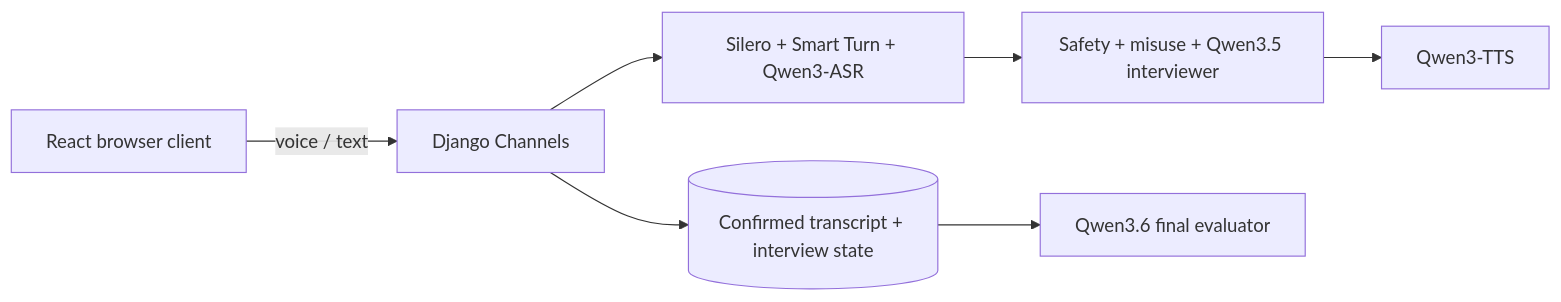
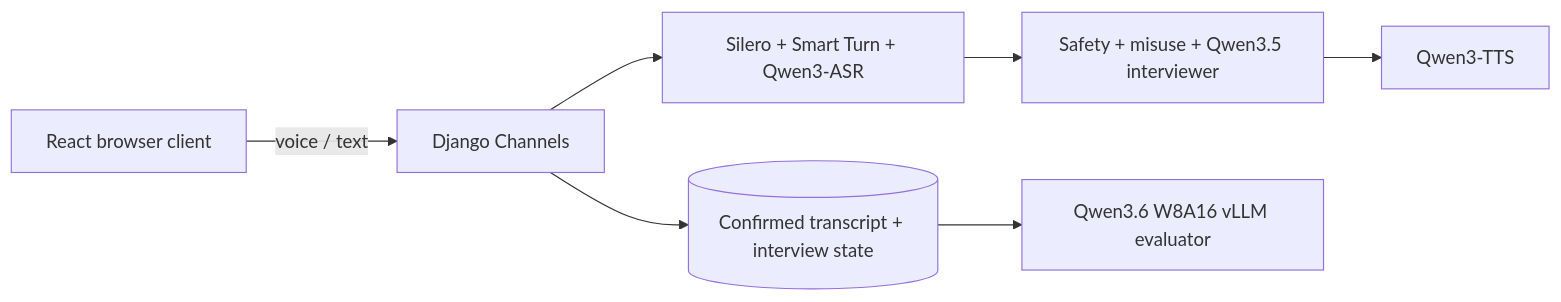
The diagram in README.md (jaredturck/AI-interview), drawn with Mermaid before and after one commit. The commit also changed other lines of this file and 12 other files, not shown here.

Commit message:
Replace sequential Transformers Qwen3.6 evaluation with a batched vLLM W8A16 tensor-parallel path across both GPUs, with prefix caching, throughput scheduling, and isolated evaluator lifecycle handling. Align runtime dependencies and documentation with the new evaluation architecture.

````diff
--- a/README.md
+++ b/README.md
@@ -7,9 +7,9 @@
 ```mermaid
 flowchart LR
     Browser[React browser client] -->|voice / text| Channels[Django Channels]
     Channels --> Voice[Silero + Smart Turn + Qwen3-ASR]
     Voice --> Policy[Safety + misuse + Qwen3.5 interviewer]
     Policy --> TTS[Qwen3-TTS]
     Channels --> DB[(Confirmed transcript + interview state)]
-    DB --> Eval[Qwen3.6 final evaluator]
+    DB --> Eval[Qwen3.6 W8A16 vLLM evaluator]
 ```
````
